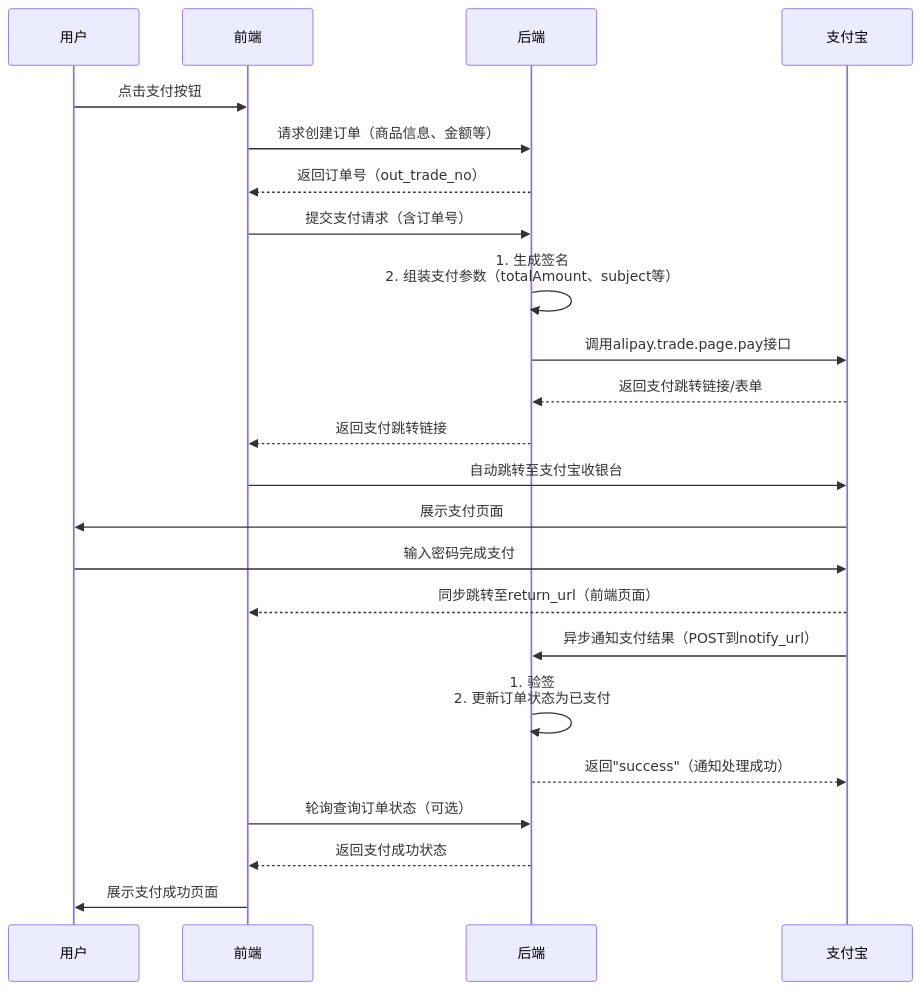
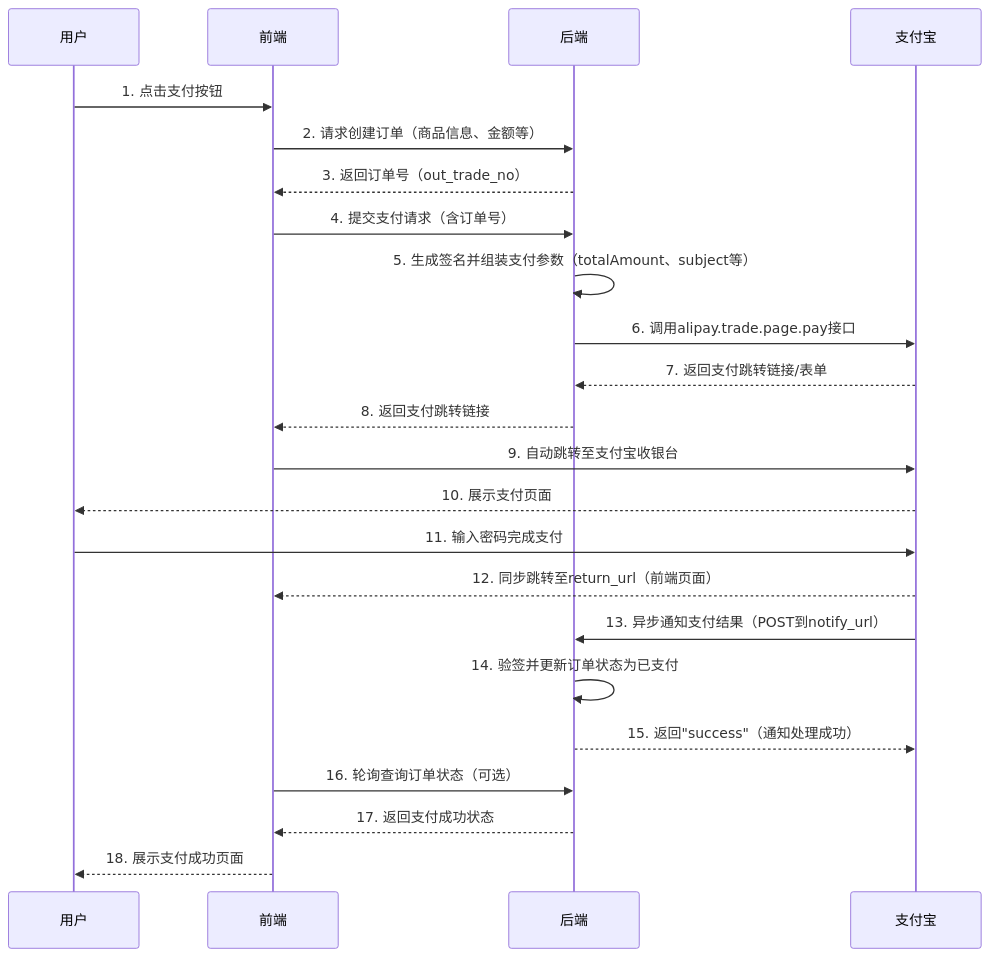
Before and after one commit to weihongyu12/web: the diagram in docs/features/payment/alipay/README.md, drawn with Mermaid. The commit also changed other lines of this file and 2 other files, not shown here.

````diff
--- a/docs/features/payment/alipay/README.md
+++ b/docs/features/payment/alipay/README.md
@@ -8,29 +18,26 @@
 ```mermaid
 sequenceDiagram
     participant 用户 as 用户
     participant 前端 as 前端
     participant 后端 as 后端
     participant 支付宝 as 支付宝
 
-    用户->>前端: 点击支付按钮
-    前端->>后端: 请求创建订单（商品信息、金额等）
-    后端-->>前端: 返回订单号（out_trade_no）
-    
-    前端->>后端: 提交支付请求（含订单号）
-    后端->>后端: 1. 生成签名<br>2. 组装支付参数（totalAmount、subject等）
-    后端->>支付宝: 调用alipay.trade.page.pay接口
-    支付宝-->>后端: 返回支付跳转链接/表单
-    后端-->>前端: 返回支付跳转链接
-    
-    前端->>支付宝: 自动跳转至支付宝收银台
-    支付宝->>用户: 展示支付页面
-    用户->>支付宝: 输入密码完成支付
-    支付宝-->>前端: 同步跳转至return_url（前端页面）
-    支付宝->>后端: 异步通知支付结果（POST到notify_url）
-    
-    后端->>后端: 1. 验签<br>2. 更新订单状态为已支付
-    后端-->>支付宝: 返回"success"（通知处理成功）
-    前端->>后端: 轮询查询订单状态（可选）
-    后端-->>前端: 返回支付成功状态
-    前端->>用户: 展示支付成功页面
+    用户->>前端: 1. 点击支付按钮
+    前端->>后端: 2. 请求创建订单（商品信息、金额等）
+    后端-->>前端: 3. 返回订单号（out_trade_no）
+    前端->>后端: 4. 提交支付请求（含订单号）
+    后端->>后端: 5. 生成签名并组装支付参数（totalAmount、subject等）
+    后端->>支付宝: 6. 调用alipay.trade.page.pay接口
+    支付宝-->>后端: 7. 返回支付跳转链接/表单
+    后端-->>前端: 8. 返回支付跳转链接
+    前端->>支付宝: 9. 自动跳转至支付宝收银台
+    支付宝-->>用户: 10. 展示支付页面
+    用户->>支付宝: 11. 输入密码完成支付
+    支付宝-->>前端: 12. 同步跳转至return_url（前端页面）
+    支付宝->>后端: 13. 异步通知支付结果（POST到notify_url）
+    后端->>后端: 14. 验签并更新订单状态为已支付
+    后端-->>支付宝: 15. 返回"success"（通知处理成功）
+    前端->>后端: 16. 轮询查询订单状态（可选）
+    后端-->>前端: 17. 返回支付成功状态
+    前端-->>用户: 18. 展示支付成功页面
 ```
````
